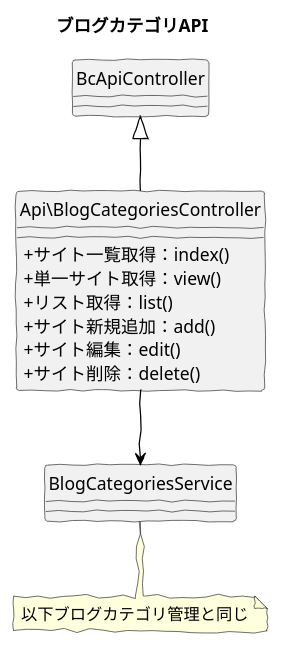
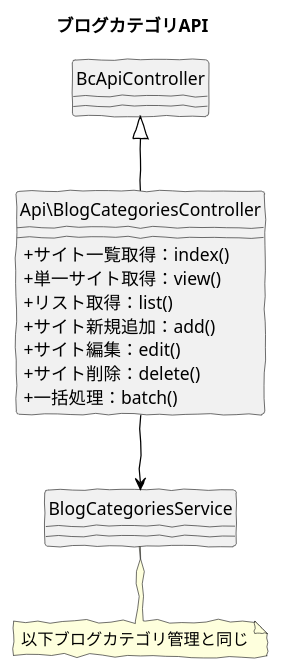
The diagram in src/puml/5/ucmitz/svg/class/api_blog_categories.puml (baserproject/baserproject.github.io), drawn with PlantUML before and after one commit. The commit also changed 8 other files, not shown here.

```diff
--- a/src/puml/5/ucmitz/svg/class/api_blog_categories.puml
+++ b/src/puml/5/ucmitz/svg/class/api_blog_categories.puml
@@ -1,24 +1,25 @@
 @startuml
 skinparam handwritten true
 skinparam backgroundColor white
 hide circle
 skinparam classAttributeIconSize 0
 
 title ブログカテゴリAPI
 
 class Api\BlogCategoriesController {
   + サイト一覧取得：index()
   + 単一サイト取得：view()
   + リスト取得：list()
   + サイト新規追加：add()
   + サイト編集：edit()
   + サイト削除：delete()
+  + 一括処理：batch()
 }
 
 Api\BlogCategoriesController -down[#Black]-> BlogCategoriesService
 Api\BlogCategoriesController -up[#Black]-|> BcApiController
 
 note "以下ブログカテゴリ管理と同じ" as note
 BlogCategoriesService .. note
 
 @enduml
```
